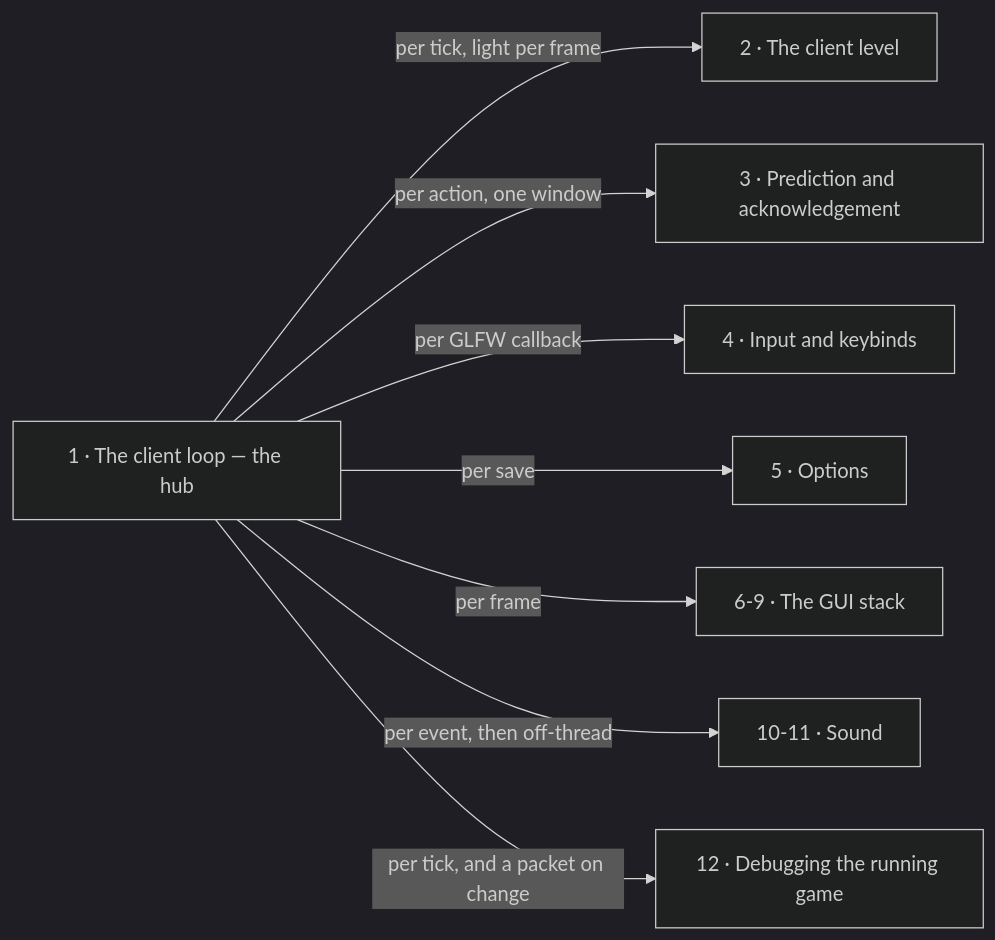
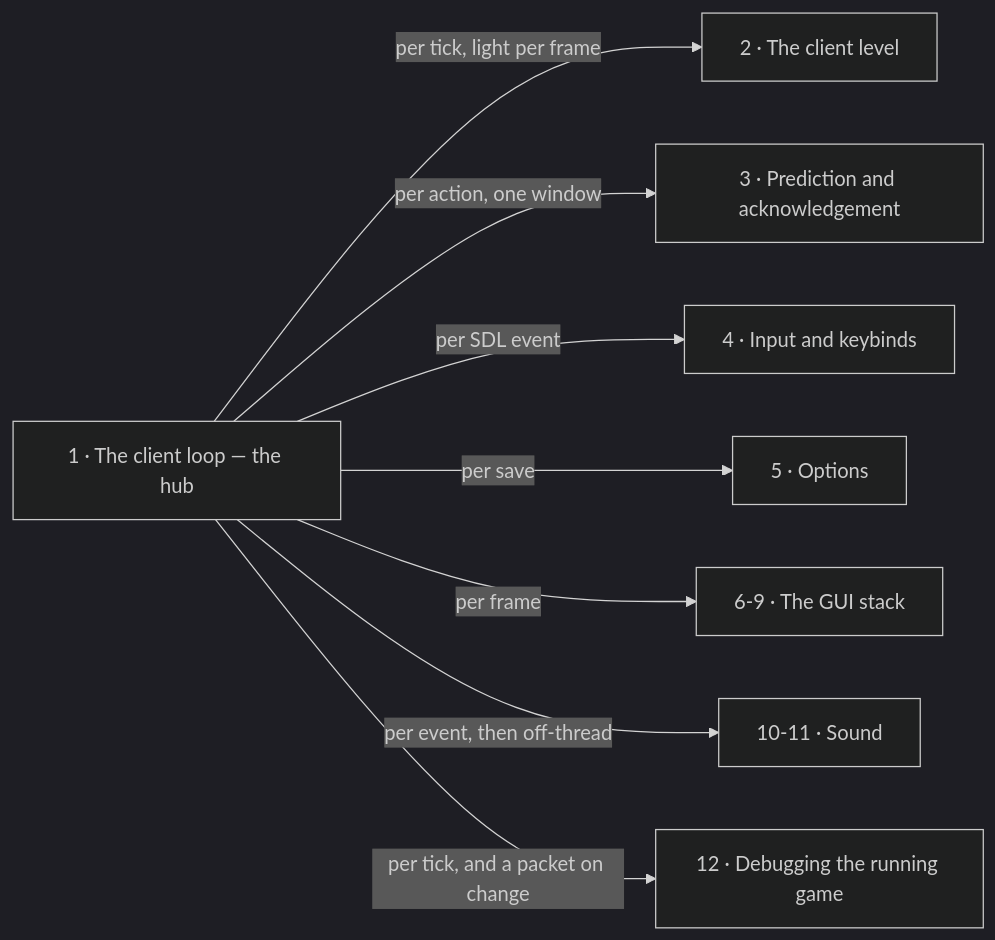
The diagram in src/systems/client/README.md (AlexanderjFraser/MinecraftDocs), drawn with Mermaid (dark theme) before and after one commit. The commit also changed other lines of this file and 155 other files, not shown here.

````diff
--- a/src/systems/client/README.md
+++ b/src/systems/client/README.md
@@ -28,18 +28,18 @@
 ```mermaid
 flowchart LR
     LOOP["1 · The client loop — the hub"]
     LEVEL["2 · The client level"]
     PRED["3 · Prediction and acknowledgement"]
     INPUT["4 · Input and keybinds"]
     OPT["5 · Options"]
     GUI["6-9 · The GUI stack"]
     SND["10-11 · Sound"]
     DBG["12 · Debugging the running game"]
     LOOP -- "per tick, light per frame" --> LEVEL
     LOOP -- "per action, one window" --> PRED
-    LOOP -- "per GLFW callback" --> INPUT
+    LOOP -- "per SDL event" --> INPUT
     LOOP -- "per save" --> OPT
     LOOP -- "per frame" --> GUI
     LOOP -- "per event, then off-thread" --> SND
     LOOP -- "per tick, and a packet on change" --> DBG
 ```
````
